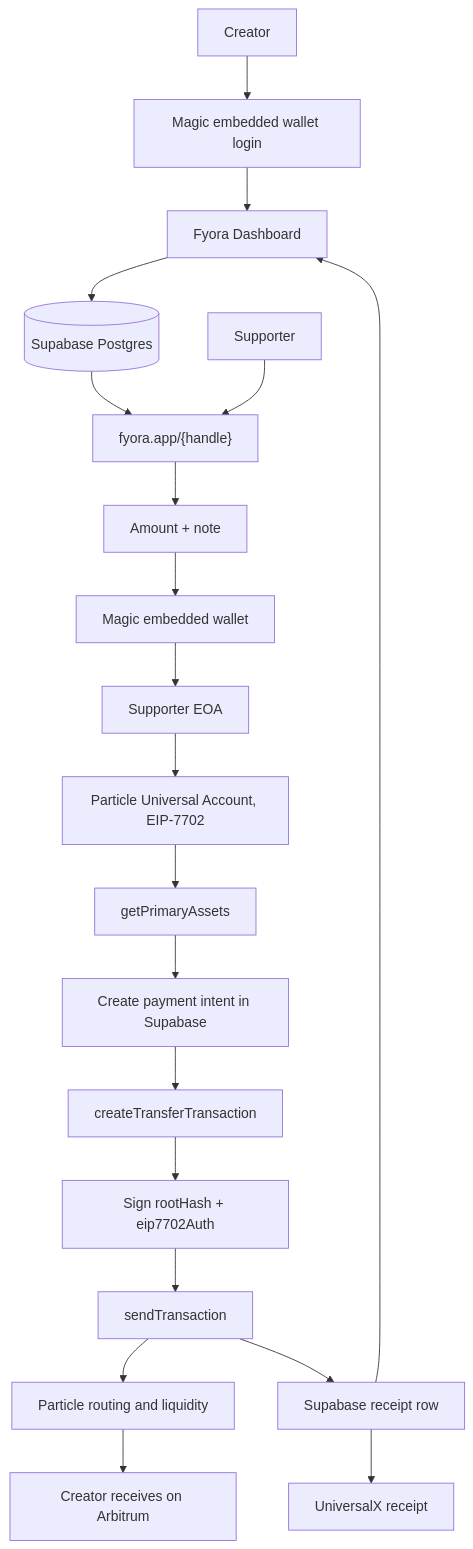
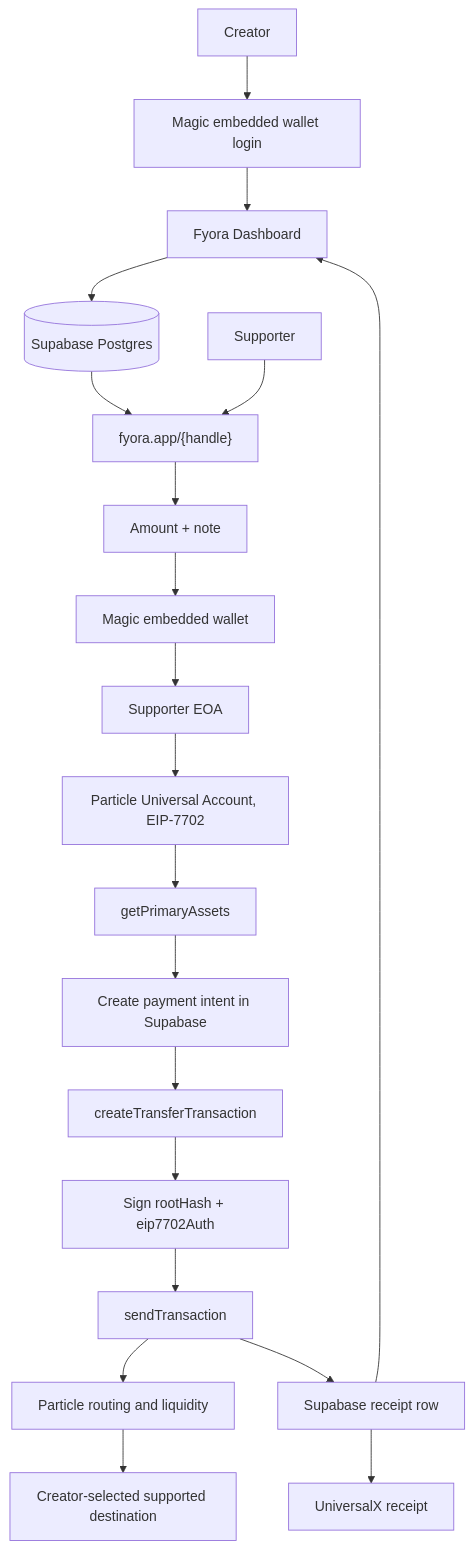
One commit to NikhilRaikwar/Fyora changed the diagram in FYORA_PRD.md. Above: the diagram before and after it, drawn with Mermaid. The commit also changed other lines of this file and 12 other files, not shown here.

````diff
--- a/FYORA_PRD.md
+++ b/FYORA_PRD.md
@@ -193,23 +211,23 @@
 ```mermaid
 flowchart TD
     Creator["Creator"] --> Auth["Magic embedded wallet login"]
     Auth --> Dashboard["Fyora Dashboard"]
     Dashboard --> DB[("Supabase Postgres")]
     DB --> PublicPage["fyora.app/{handle}"]
 
     Supporter["Supporter"] --> PublicPage
     PublicPage --> Amount["Amount + note"]
     Amount --> Magic["Magic embedded wallet"]
     Magic --> EOA["Supporter EOA"]
     EOA --> UA["Particle Universal Account, EIP-7702"]
     UA --> Balance["getPrimaryAssets"]
     Balance --> Intent["Create payment intent in Supabase"]
     Intent --> Transfer["createTransferTransaction"]
     Transfer --> Sign["Sign rootHash + eip7702Auth"]
     Sign --> Send["sendTransaction"]
     Send --> Particle["Particle routing and liquidity"]
-    Particle --> Arbitrum["Creator receives on Arbitrum"]
+    Particle --> Destination["Creator-selected supported destination"]
     Send --> ReceiptDB["Supabase receipt row"]
     ReceiptDB --> Receipt["UniversalX receipt"]
     ReceiptDB --> Dashboard
 ```
````
